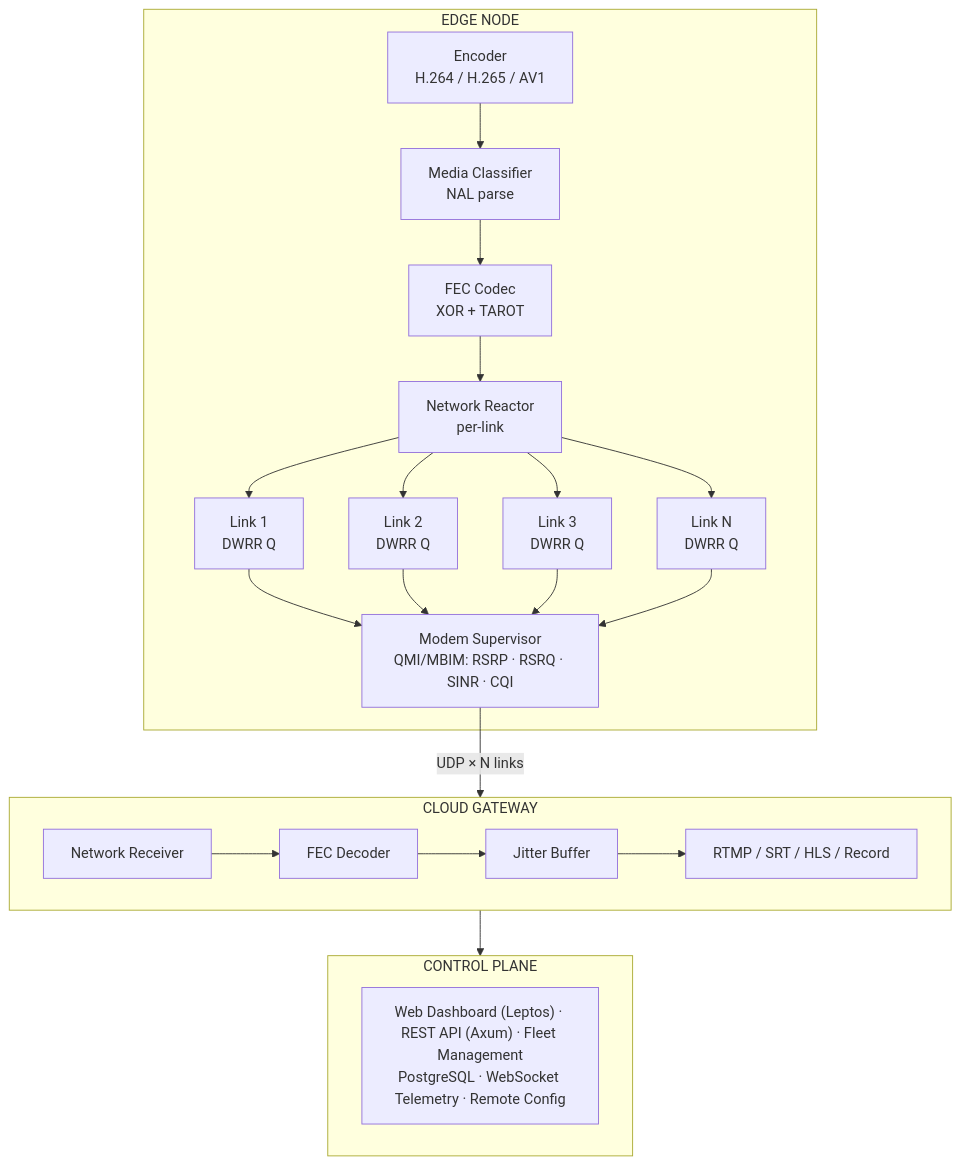
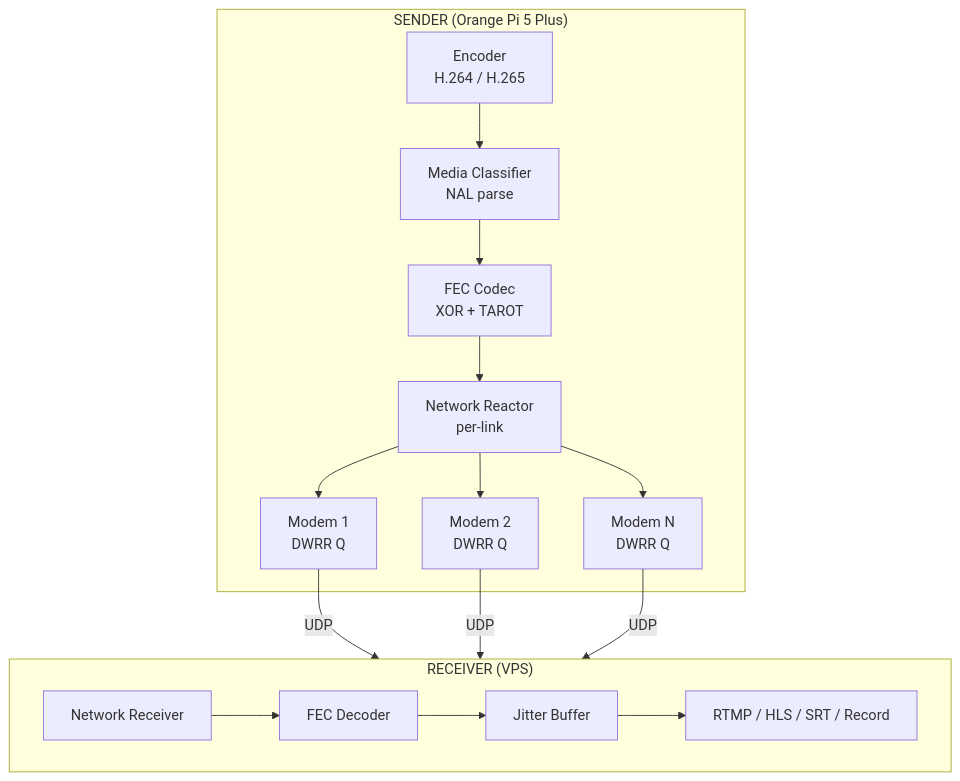
One commit to RephlexZero/strata changed the diagram in README.md. Above: the diagram before and after it, drawn with Mermaid. The commit also changed other lines of this file and 5 other files, not shown here.

````diff
--- a/README.md
+++ b/README.md
@@ -92,27 +186,21 @@
 ```mermaid
 graph TB
-    subgraph Edge["EDGE NODE"]
-        Encoder["Encoder<br/>H.264 / H.265 / AV1"] --> Classifier["Media Classifier<br/>NAL parse"]
+    subgraph Edge["SENDER (Orange Pi 5 Plus)"]
+        Encoder["Encoder<br/>H.264 / H.265"] --> Classifier["Media Classifier<br/>NAL parse"]
         Classifier --> Coding["FEC Codec<br/>XOR + TAROT"]
         Coding --> Reactor["Network Reactor<br/>per-link"]
-        Reactor --> L1["Link 1<br/>DWRR Q"]
-        Reactor --> L2["Link 2<br/>DWRR Q"]
-        Reactor --> L3["Link 3<br/>DWRR Q"]
-        Reactor --> LN["Link N<br/>DWRR Q"]
-        L1 & L2 & L3 & LN --> Modem["Modem Supervisor<br/>QMI/MBIM: RSRP · RSRQ · SINR · CQI"]
+        Reactor --> L1["Modem 1<br/>DWRR Q"]
+        Reactor --> L2["Modem 2<br/>DWRR Q"]
+        Reactor --> L3["Modem N<br/>DWRR Q"]
     end
 
-    Modem -->|"UDP × N links"| Gateway
+    L1 -->|"UDP"| Gateway
+    L2 -->|"UDP"| Gateway
+    L3 -->|"UDP"| Gateway
 
-    subgraph Gateway["CLOUD GATEWAY"]
+    subgraph Gateway["RECEIVER (VPS)"]
         NetRx["Network Receiver"] --> FECDec["FEC Decoder"]
         FECDec --> Jitter["Jitter Buffer"]
-        Jitter --> Output["RTMP / SRT / HLS / Record"]
-    end
-
-    Gateway --> Control
-
-    subgraph Control["CONTROL PLANE"]
-        CP["Web Dashboard (Leptos) · REST API (Axum) · Fleet Management<br/>PostgreSQL · WebSocket Telemetry · Remote Config"]
+        Jitter --> Output["RTMP / HLS / SRT / Record"]
     end
 ```
````
